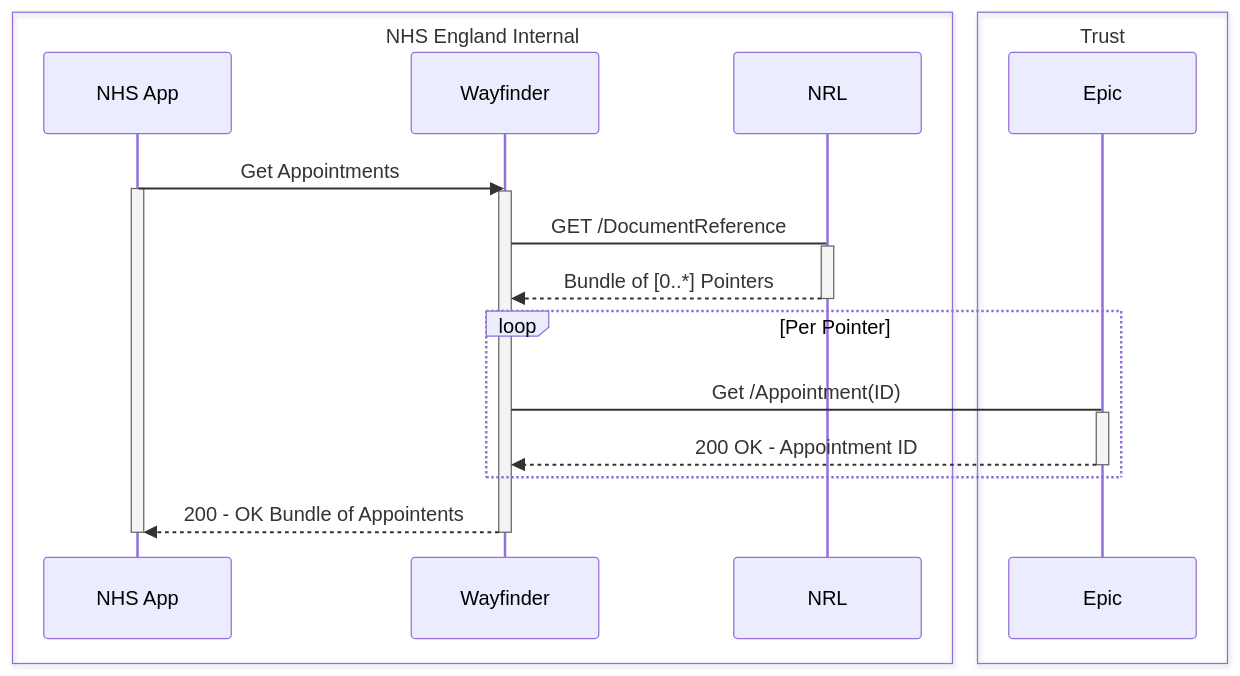
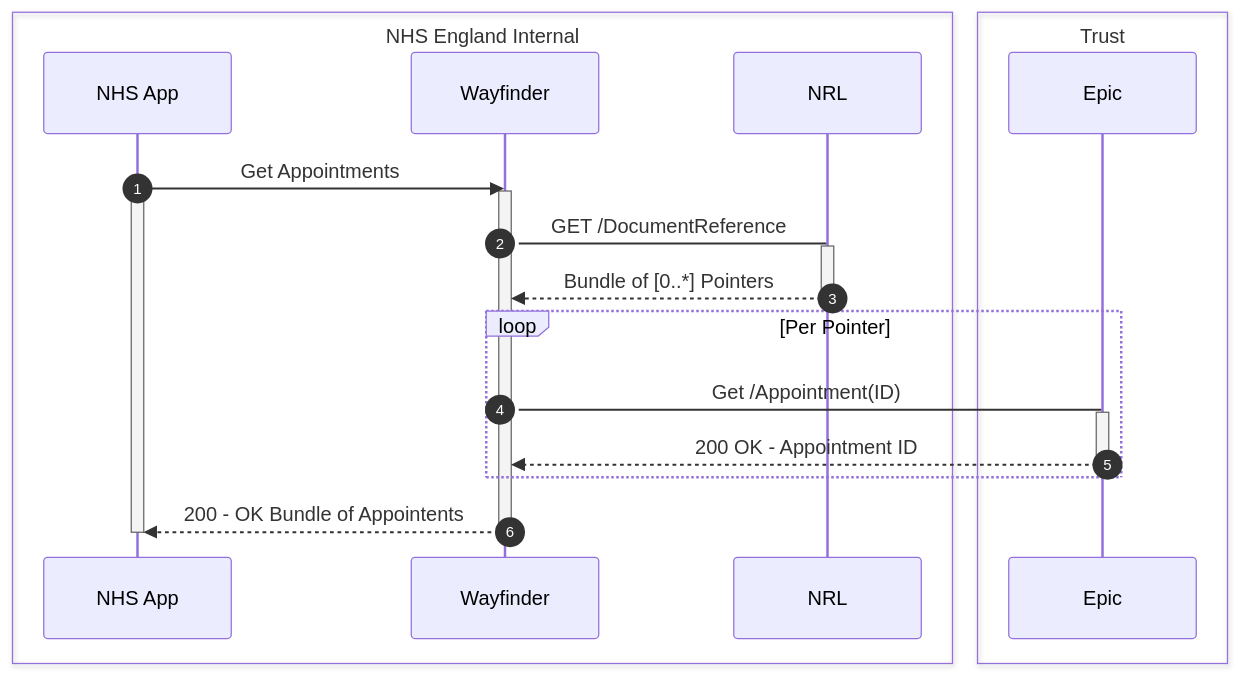
Before and after one commit to NHSDigital/nhse-epr-integration: the first of 2 diagrams in pages/record_retrieval.md, drawn with Mermaid. The commit also changed other lines of this file and 1 other file, not shown here.

Commit message:
Added numbering to sequence diagrams.

````diff
--- a/pages/record_retrieval.md
+++ b/pages/record_retrieval.md
@@ -17,27 +17,28 @@
 ```mermaid
 sequenceDiagram
+    autonumber
     box NHS England Internal
         participant NHS App
         participant Wayfinder
         participant NRL
     end
     box Trust
         participant Epic
     end
     NHS App->>Wayfinder: Get Appointments
     activate NHS App
     activate Wayfinder
     Wayfinder->NRL: GET /DocumentReference
     activate NRL
     NRL-->>Wayfinder: Bundle of [0..*] Pointers
     deactivate NRL
     loop Per Pointer
         Wayfinder->Epic: Get /Appointment(ID)
         activate Epic
         Epic-->>Wayfinder: 200 OK - Appointment ID
         deactivate Epic
     end
     Wayfinder-->>NHS App: 200 - OK Bundle of Appointents
     deactivate Wayfinder
     deactivate NHS App
 ```
````
